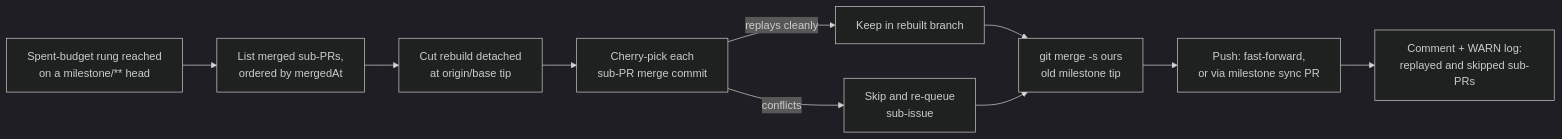
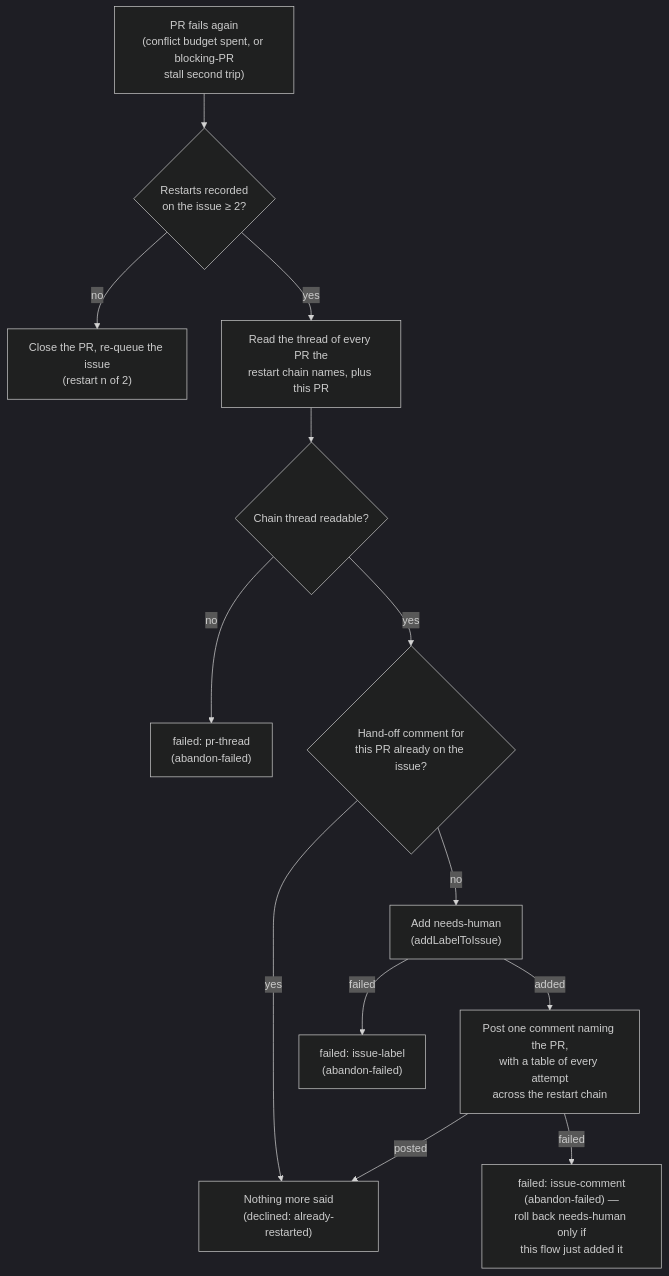
One commit to stSoftwareAU/VibeCoder changed the sixth of 9 diagrams in docs/workflows/merge-conflicts.md. Above: the diagram before and after it, drawn with Mermaid (dark theme). The commit also changed other lines of this file, not shown here.

Commit message:
Issue #3144: align docs/workflows/merge-conflicts.md with main before milestone sync

````diff
--- a/docs/workflows/merge-conflicts.md
+++ b/docs/workflows/merge-conflicts.md
@@ -632,12 +757,15 @@
-```mermaid
-flowchart LR
-    A["Spent-budget rung reached<br/>on a milestone/** head"] --> B["List merged sub-PRs,<br/>ordered by mergedAt"]
-    B --> C["Cut rebuild detached<br/>at origin/base tip"]
-    C --> D["Cherry-pick each<br/>sub-PR merge commit"]
-    D -->|"replays cleanly"| E["Keep in rebuilt branch"]
-    D -->|"conflicts"| F["Skip and re-queue<br/>sub-issue"]
-    E --> G["git merge -s ours<br/>old milestone tip"]
-    F --> G
-    G --> H["Push: fast-forward,<br/>or via milestone sync PR"]
-    H --> I["Comment + WARN log:<br/>replayed and skipped sub-PRs"]
-```
+  ```mermaid
+  flowchart TD
+      A["PR fails again<br/>(conflict budget spent, or blocking-PR<br/>stall second trip)"] --> B{"Restarts recorded<br/>on the issue ≥ 2?"}
+      B -- no --> C["Close the PR, re-queue the issue<br/>(restart n of 2)"]
+      B -- yes --> D["Read the thread of every PR the<br/>restart chain names, plus this PR"]
+      D --> E{"Chain thread readable?"}
+      E -- no --> F["failed: pr-thread<br/>(abandon-failed)"]
+      E -- yes --> G{"Hand-off comment for<br/>this PR already on the issue?"}
+      G -- yes --> H["Nothing more said<br/>(declined: already-restarted)"]
+      G -- no --> I["Add needs-human<br/>(addLabelToIssue)"]
+      I -- failed --> J["failed: issue-label<br/>(abandon-failed)"]
+      I -- added --> K["Post one comment naming the PR,<br/>with a table of every attempt<br/>across the restart chain"]
+      K -- posted --> H
+      K -- failed --> L["failed: issue-comment<br/>(abandon-failed) —<br/>roll back needs-human only if<br/>this flow just added it"]
+  ```
````
